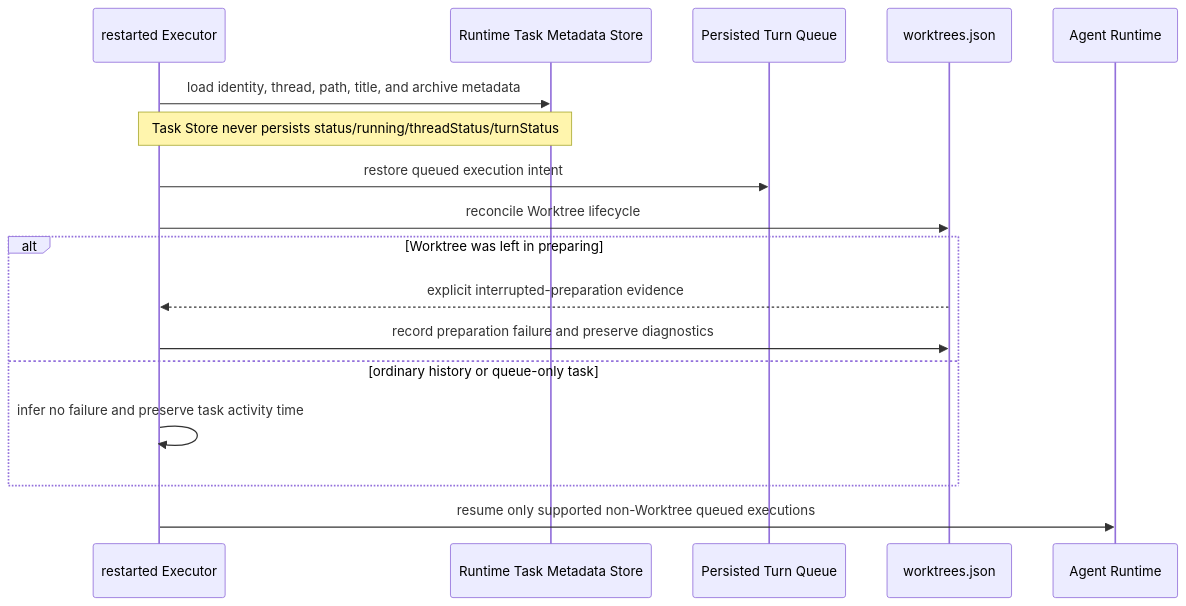
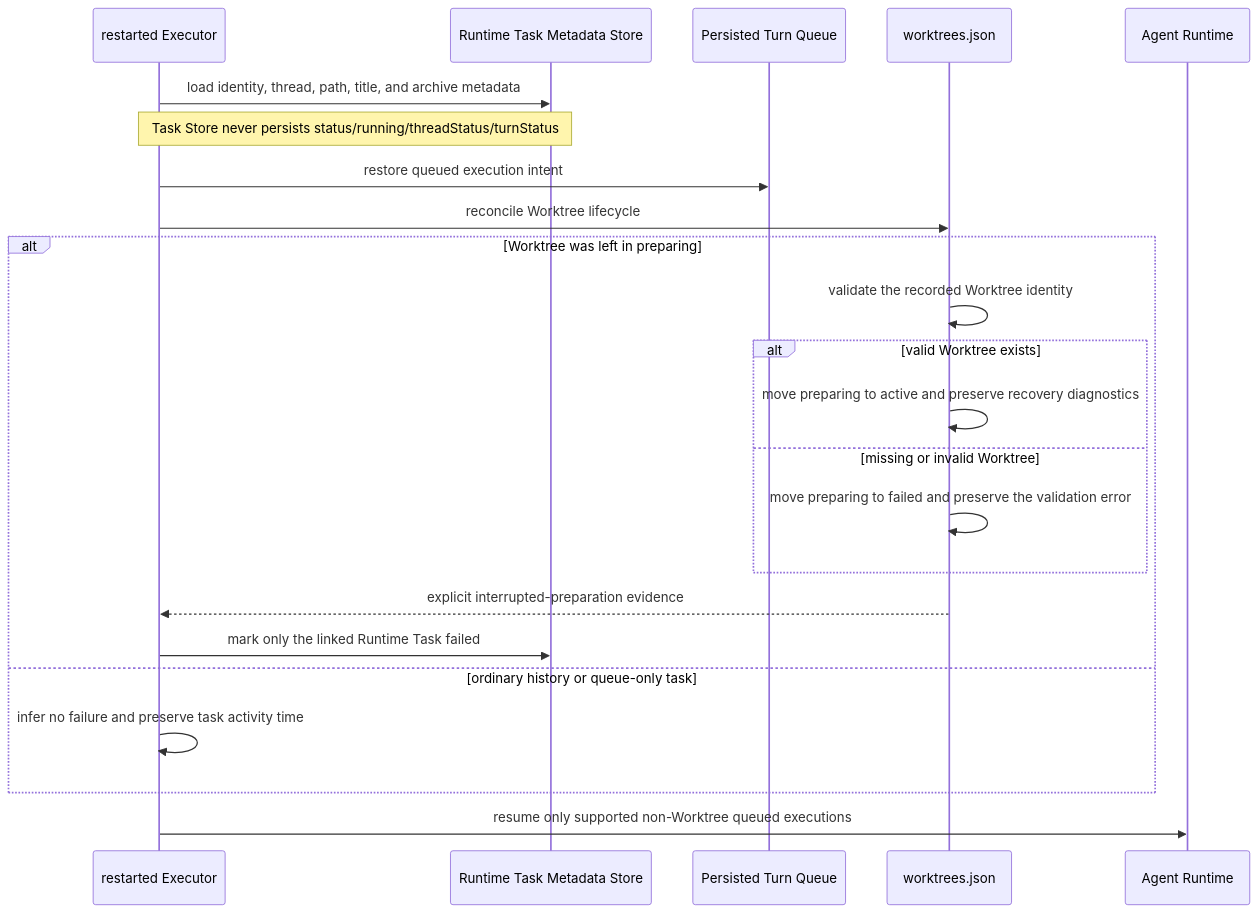
Before and after one commit to wecode-ai/Wegent: the third of 4 diagrams in docs/en/architecture/git-worktree-execution.md, drawn with Mermaid. The commit also changed other lines of this file and 1 other file, not shown here.

Commit message:
docs(executor): clarify restart state ownership

````diff
--- a/docs/en/architecture/git-worktree-execution.md
+++ b/docs/en/architecture/git-worktree-execution.md
@@ -75,20 +75,26 @@
 ```mermaid
 sequenceDiagram
     participant E as restarted Executor
     participant T as Runtime Task Metadata Store
     participant Q as Persisted Turn Queue
     participant G as worktrees.json
     participant R as Agent Runtime
 
     E->>T: load identity, thread, path, title, and archive metadata
     Note over E,T: Task Store never persists status/running/threadStatus/turnStatus
     E->>Q: restore queued execution intent
     E->>G: reconcile Worktree lifecycle
     alt Worktree was left in preparing
+        G->>G: validate the recorded Worktree identity
+        alt valid Worktree exists
+            G->>G: move preparing to active and preserve recovery diagnostics
+        else missing or invalid Worktree
+            G->>G: move preparing to failed and preserve the validation error
+        end
         G-->>E: explicit interrupted-preparation evidence
-        E->>G: record preparation failure and preserve diagnostics
+        E->>T: mark only the linked Runtime Task failed
     else ordinary history or queue-only task
         E->>E: infer no failure and preserve task activity time
     end
     E->>R: resume only supported non-Worktree queued executions
 ```
````
